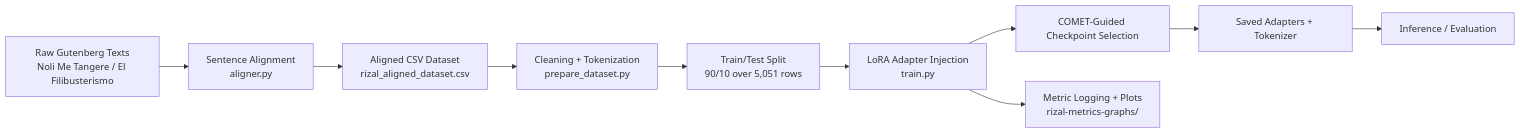
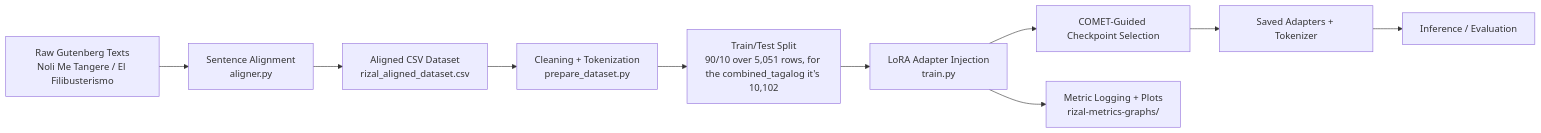
The diagram in README.md (jimbarcos/rizal-training), drawn with Mermaid before and after one commit. The commit also changed other lines of this file, not shown here.

````diff
--- a/README.md
+++ b/README.md
@@ -9,12 +9,12 @@
 ```mermaid
 flowchart LR
 	A[Raw Gutenberg Texts\nNoli Me Tangere / El Filibusterismo] --> B[Sentence Alignment\naligner.py]
 	B --> C[Aligned CSV Dataset\nrizal_aligned_dataset.csv]
 	C --> D[Cleaning + Tokenization\nprepare_dataset.py]
-	D --> E[Train/Test Split\n90/10 over 5,051 rows]
+	D --> E[Train/Test Split\n90/10 over 5,051 rows, for the combined_tagalog it's 10,102]
 	E --> F[LoRA Adapter Injection\ntrain.py]
 	F --> G[COMET-Guided Checkpoint Selection]
 	G --> H[Saved Adapters + Tokenizer]
 	F --> I[Metric Logging + Plots\nrizal-metrics-graphs/]
 	H --> J[Inference / Evaluation]
 ```
````
